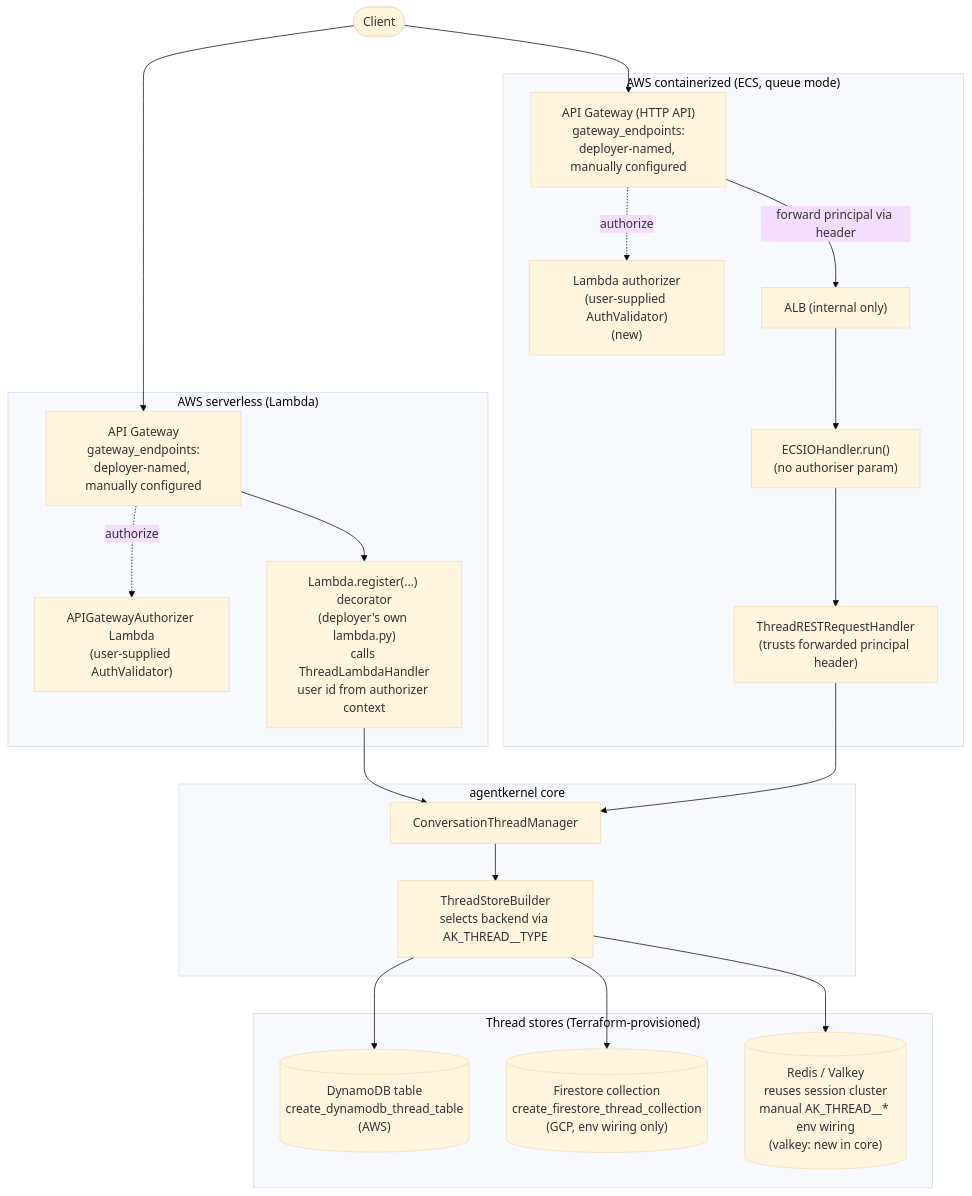
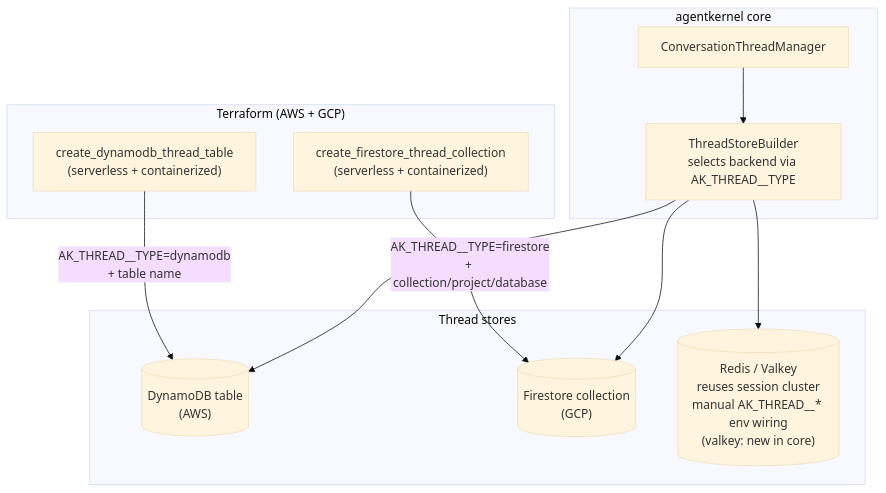
One commit to yaalalabs/agent-kernel changed the diagram in docs/specs/527-thread-deployment-authoriser/design.md. Above: the diagram before and after it, drawn with Mermaid (base theme). The commit also changed other lines of this file, not shown here.

Commit message:
Update design to not support authoriser

````diff
--- a/docs/specs/527-thread-deployment-authoriser/design.md
+++ b/docs/specs/527-thread-deployment-authoriser/design.md
@@ -61,44 +34,25 @@
 ```mermaid
 flowchart TB
-    Client([Client])
-
-    subgraph sls["AWS serverless (Lambda)"]
-        APIGW["API Gateway<br/>gateway_endpoints:<br/>deployer-named, manually configured"]
-        AuthL["APIGatewayAuthorizer Lambda<br/>(user-supplied AuthValidator)"]
-        AppL["Lambda.register(...) decorator<br/>(deployer's own lambda.py)<br/>calls ThreadLambdaHandler<br/>user id from authorizer context"]
-        APIGW -.->|"authorize"| AuthL
-        APIGW --> AppL
-    end
-
-    subgraph ecs["AWS containerized (ECS, queue mode)"]
-        APIGW2["API Gateway (HTTP API)<br/>gateway_endpoints:<br/>deployer-named, manually configured"]
-        AuthL2["Lambda authorizer<br/>(user-supplied AuthValidator)<br/>(new)"]
-        ALB["ALB (internal only)"]
-        IOH["ECSIOHandler.run()<br/>(no authoriser param)"]
-        TRH["ThreadRESTRequestHandler<br/>(trusts forwarded principal header)"]
-        APIGW2 -.->|"authorize"| AuthL2
-        APIGW2 -->|"forward principal via header"| ALB
-        ALB --> IOH
-        IOH --> TRH
+    subgraph tf["Terraform (AWS + GCP)"]
+        AWSVar["create_dynamodb_thread_table<br/>(serverless + containerized)"]
+        GCPVar["create_firestore_thread_collection<br/>(serverless + containerized)"]
     end
 
     subgraph core["agentkernel core"]
         CTM["ConversationThreadManager"]
         TSB["ThreadStoreBuilder<br/>selects backend via AK_THREAD__TYPE"]
         CTM --> TSB
     end
 
-    subgraph stores["Thread stores (Terraform-provisioned)"]
-        DDB[("DynamoDB table<br/>create_dynamodb_thread_table<br/>(AWS)")]
-        FS[("Firestore collection<br/>create_firestore_thread_collection<br/>(GCP, env wiring only)")]
+    subgraph stores["Thread stores"]
+        DDB[("DynamoDB table<br/>(AWS)")]
+        FS[("Firestore collection<br/>(GCP)")]
         RV[("Redis / Valkey<br/>reuses session cluster<br/>manual AK_THREAD__* env wiring<br/>(valkey: new in core)")]
     end
 
-    Client --> APIGW
-    Client --> APIGW2
-    AppL --> CTM
-    TRH --> CTM
+    AWSVar -->|"AK_THREAD__TYPE=dynamodb<br/>+ table name"| DDB
+    GCPVar -->|"AK_THREAD__TYPE=firestore<br/>+ collection/project/database"| FS
     TSB --> DDB
     TSB --> FS
     TSB --> RV
 ```
````
